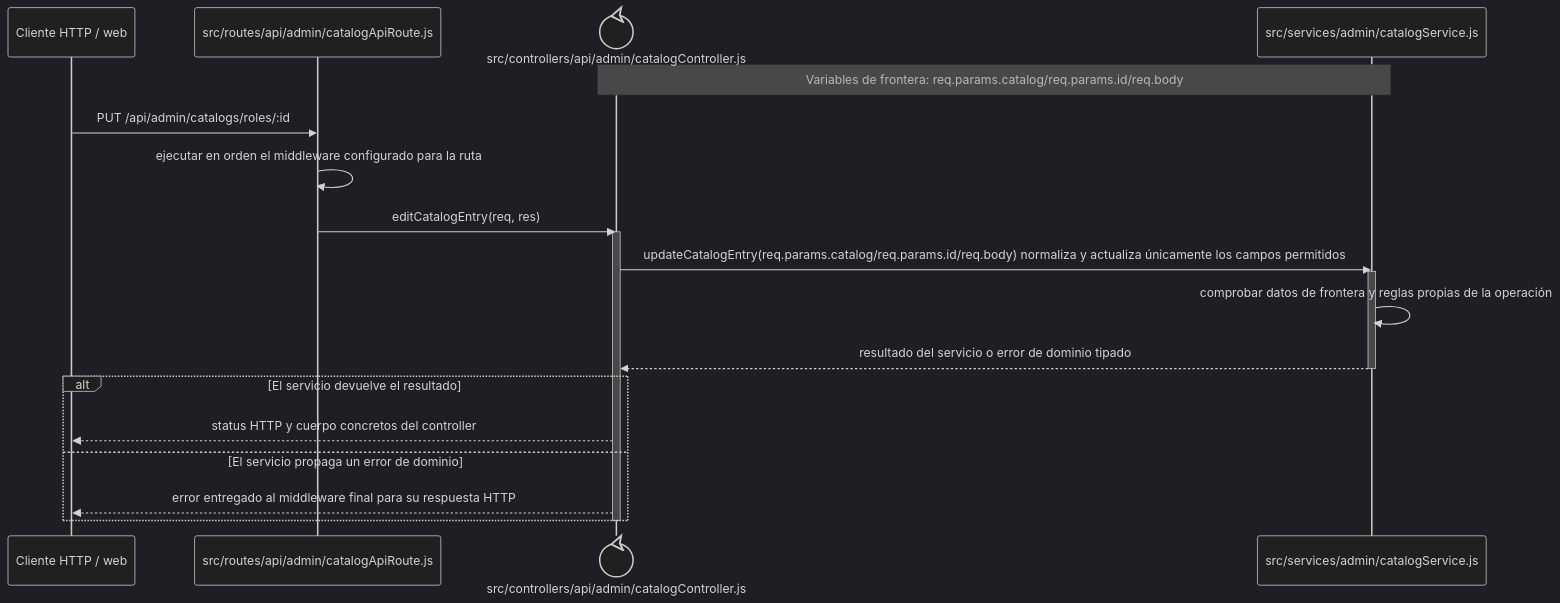
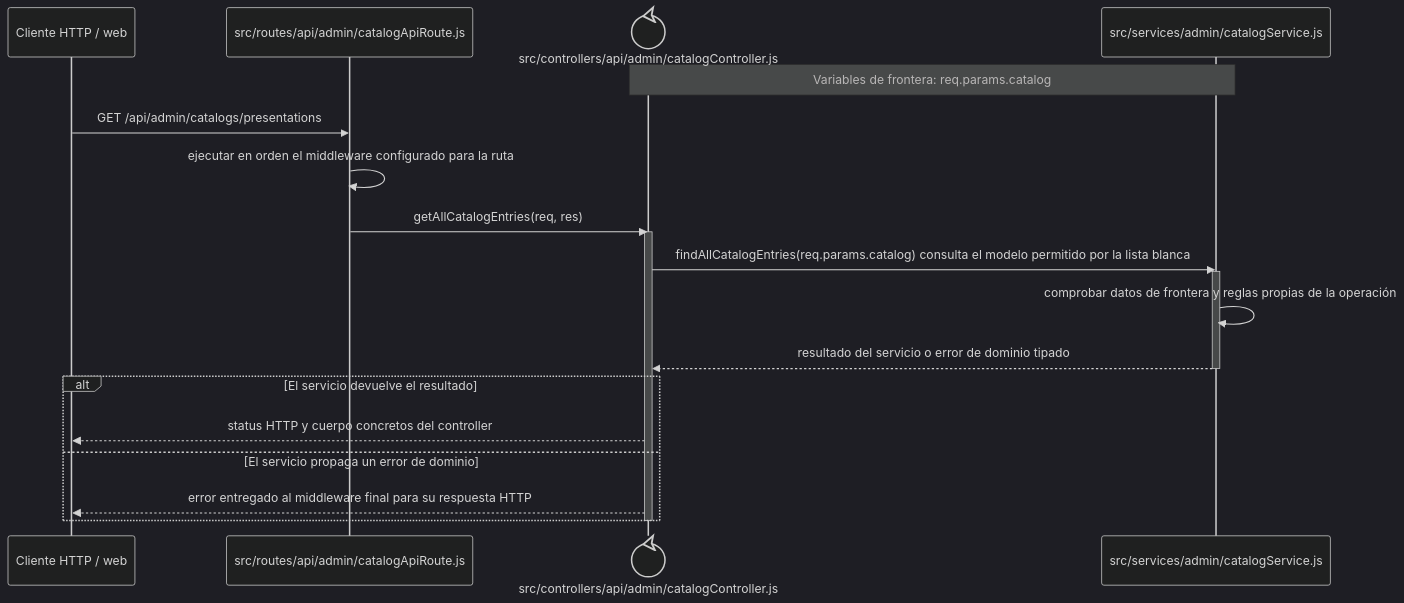
The diagram in docs/architecture/backend-code-sequences/catalogs/cu-cat-15.md (gpgsistemas01/nexus), drawn with Mermaid (dark theme) before and after one commit. The commit also changed other lines of this file and 167 other files, not shown here.

````diff
--- a/docs/architecture/backend-code-sequences/catalogs/cu-cat-15.md
+++ b/docs/architecture/backend-code-sequences/catalogs/cu-cat-15.md
@@ -6,24 +6,24 @@
 ```mermaid
 sequenceDiagram
     participant Client as Cliente HTTP / web
     participant Route as src/routes/api/admin/catalogApiRoute.js
     participant Controller@{ "type": "control" } as src/controllers/api/admin/catalogController.js
     participant Domain as src/services/admin/catalogService.js
-    Note over Controller,Domain: Variables de frontera: req.params.catalog/req.params.id/req.body
+    Note over Controller,Domain: Variables de frontera: req.params.catalog
 
-    Client->>Route: PUT /api/admin/catalogs/roles/:id
+    Client->>Route: GET /api/admin/catalogs/presentations
     Route->>Route: ejecutar en orden el middleware configurado para la ruta
-    Route->>Controller: editCatalogEntry(req, res)
+    Route->>Controller: getAllCatalogEntries(req, res)
     activate Controller
-    Controller->>Domain: updateCatalogEntry(req.params.catalog/req.params.id/req.body) normaliza y actualiza únicamente los campos permitidos
+    Controller->>Domain: findAllCatalogEntries(req.params.catalog) consulta el modelo permitido por la lista blanca
     activate Domain
     Domain->>Domain: comprobar datos de frontera y reglas propias de la operación
     Domain-->>Controller: resultado del servicio o error de dominio tipado
     deactivate Domain
     alt El servicio devuelve el resultado
         Controller-->>Client: status HTTP y cuerpo concretos del controller
     else El servicio propaga un error de dominio
         Controller-->>Client: error entregado al middleware final para su respuesta HTTP
     end
     deactivate Controller
 ```
````
